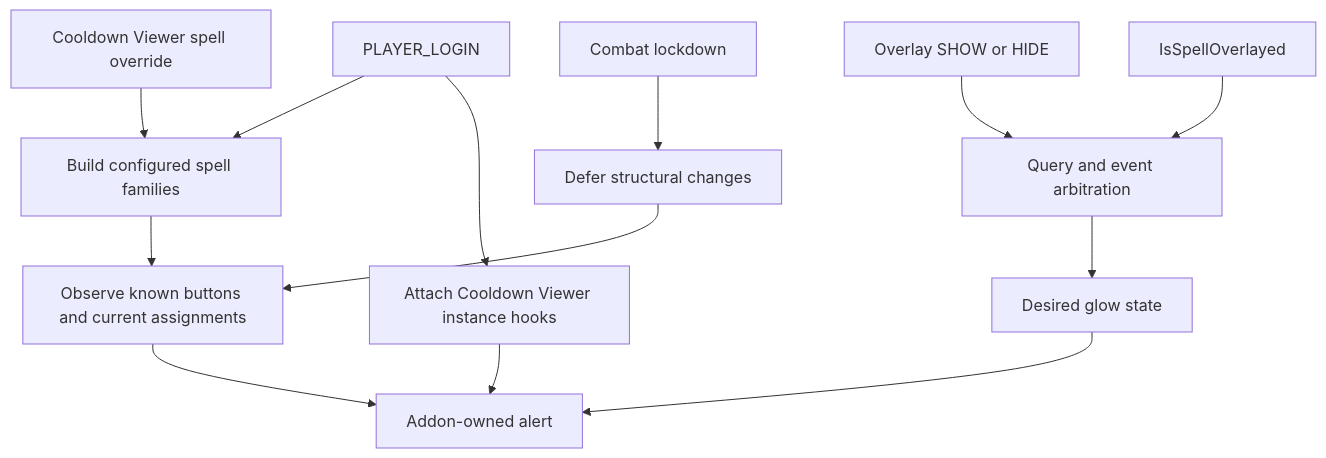
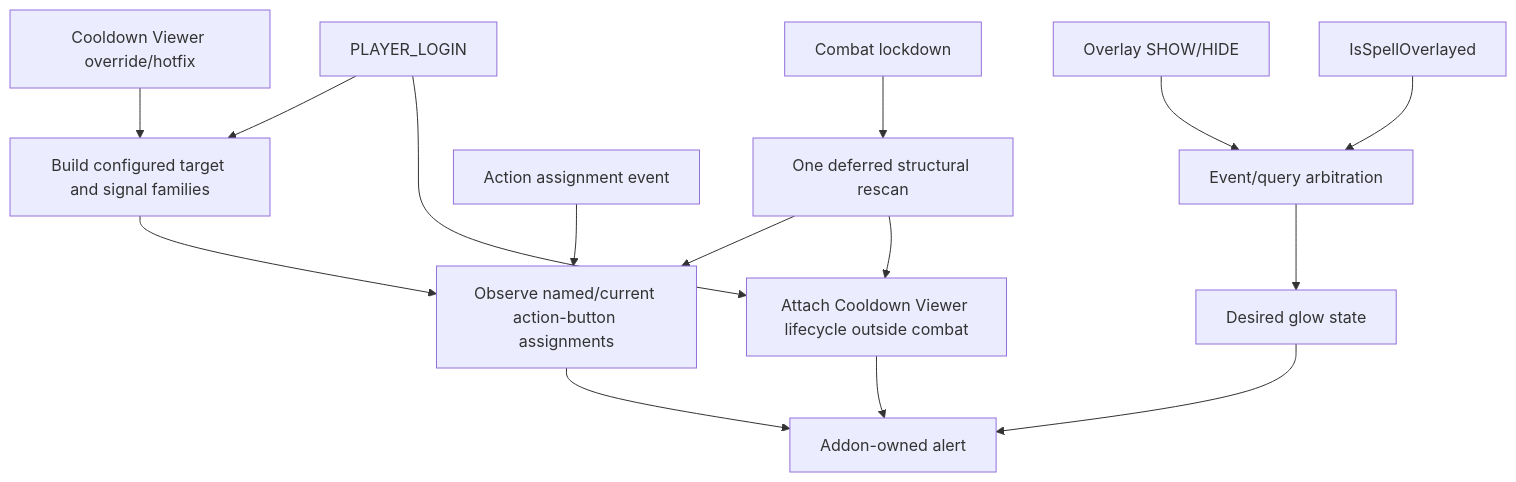
The diagram in ARCHITECTURE.md (UnknownAlienHuman/sudden-doom-glow), drawn with Mermaid before and after one commit. The commit also changed other lines of this file and 16 other files, not shown here.

````diff
--- a/ARCHITECTURE.md
+++ b/ARCHITECTURE.md
@@ -7,15 +7,17 @@
 ```mermaid
 flowchart TD
-    Login[PLAYER_LOGIN] --> Family[Build configured spell families]
-    Family --> Mapping[Observe known buttons and current assignments]
-    Login --> Viewer[Attach Cooldown Viewer instance hooks]
-    Overlay[Overlay SHOW or HIDE] --> Arbitration[Query and event arbitration]
+    Login[PLAYER_LOGIN] --> Family[Build configured target and signal families]
+    Family --> Buttons[Observe named/current action-button assignments]
+    Login --> Viewer[Attach Cooldown Viewer lifecycle outside combat]
+    Overlay[Overlay SHOW/HIDE] --> Arbitration[Event/query arbitration]
     Query[IsSpellOverlayed] --> Arbitration
-    Override[Cooldown Viewer spell override] --> Family
+    Assignment[Action assignment event] --> Buttons
+    Override[Cooldown Viewer override/hotfix] --> Family
     Arbitration --> State[Desired glow state]
-    Mapping --> Render[Addon-owned alert]
+    Buttons --> Render[Addon-owned alert]
     Viewer --> Render
     State --> Render
-    Combat[Combat lockdown] --> Deferred[Defer structural changes]
-    Deferred --> Mapping
+    Combat[Combat lockdown] --> Deferred[One deferred structural rescan]
+    Deferred --> Buttons
+    Deferred --> Viewer
 ```
````
